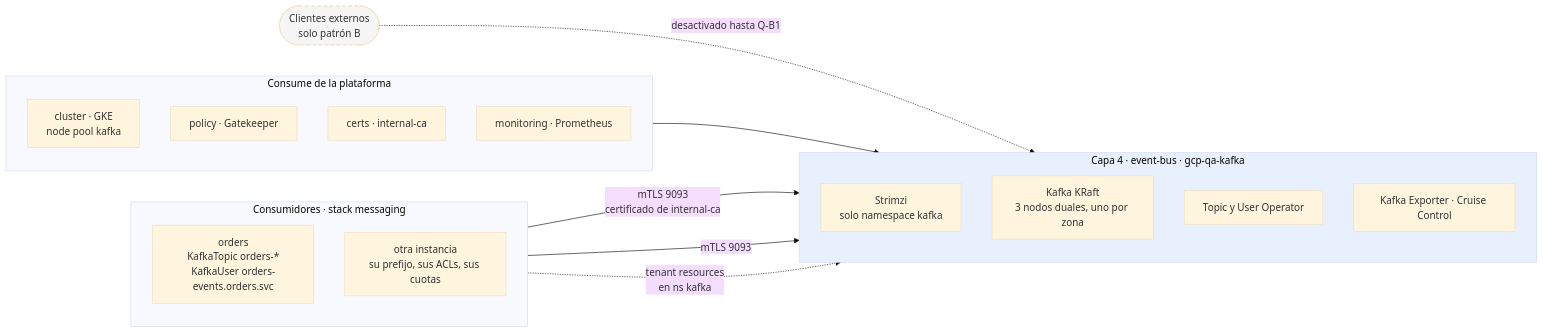
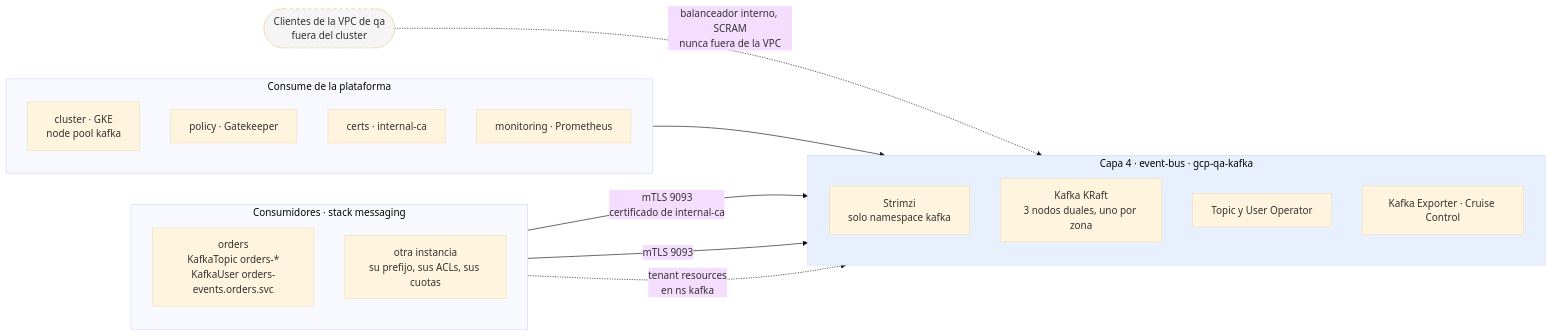
One commit to aescanero/proposal_documents changed the diagram in docs/es/proposals/kafka-qa/diagrams/01-contexto.mmd. Above: the diagram before and after it, drawn with Mermaid (base theme). The commit also changed 30 other files, not shown here.

```diff
--- a/docs/es/proposals/kafka-qa/diagrams/01-contexto.mmd
+++ b/docs/es/proposals/kafka-qa/diagrams/01-contexto.mmd
@@ -1,33 +1,33 @@
 flowchart LR
     subgraph PLAT["Consume de la plataforma"]
         direction TB
         CL["cluster · GKE<br/>node pool kafka"]
         PO["policy · Gatekeeper"]
         CE["certs · internal-ca"]
         MO["monitoring · Prometheus"]
     end
 
     subgraph L4["Capa 4 · event-bus · gcp-qa-kafka"]
         direction TB
         OP["Strimzi<br/>solo namespace kafka"]
         KC["Kafka KRaft<br/>3 nodos duales, uno por zona"]
         EO["Topic y User Operator"]
         EX["Kafka Exporter · Cruise Control"]
     end
 
     subgraph CONS["Consumidores · stack messaging"]
         direction TB
         A["orders<br/>KafkaTopic orders-*<br/>KafkaUser orders-events.orders.svc"]
         B["otra instancia<br/>su prefijo, sus ACLs, sus cuotas"]
     end
 
-    EXT(["Clientes externos<br/>solo patrón B"])
+    EXT(["Clientes de la VPC de qa<br/>fuera del cluster"])
 
     PLAT --> L4
     A -->|"mTLS 9093<br/>certificado de internal-ca"| KC
     B -->|"mTLS 9093"| KC
     A -. "tenant resources<br/>en ns kafka" .-> EO
-    EXT -. "desactivado hasta Q-B1" .-> KC
+    EXT -. "balanceador interno, SCRAM<br/>nunca fuera de la VPC" .-> KC
 
     style L4 fill:#e8f0fe
     style EXT fill:#f5f5f5,stroke-dasharray: 5 5
```
